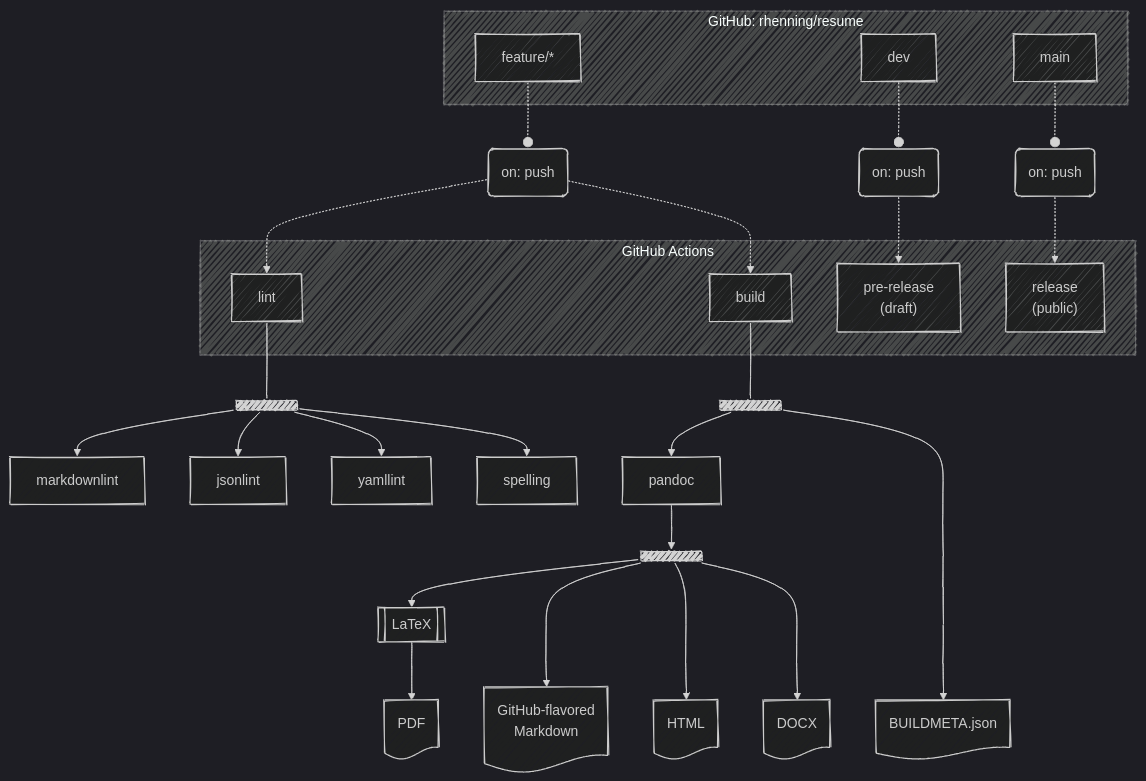
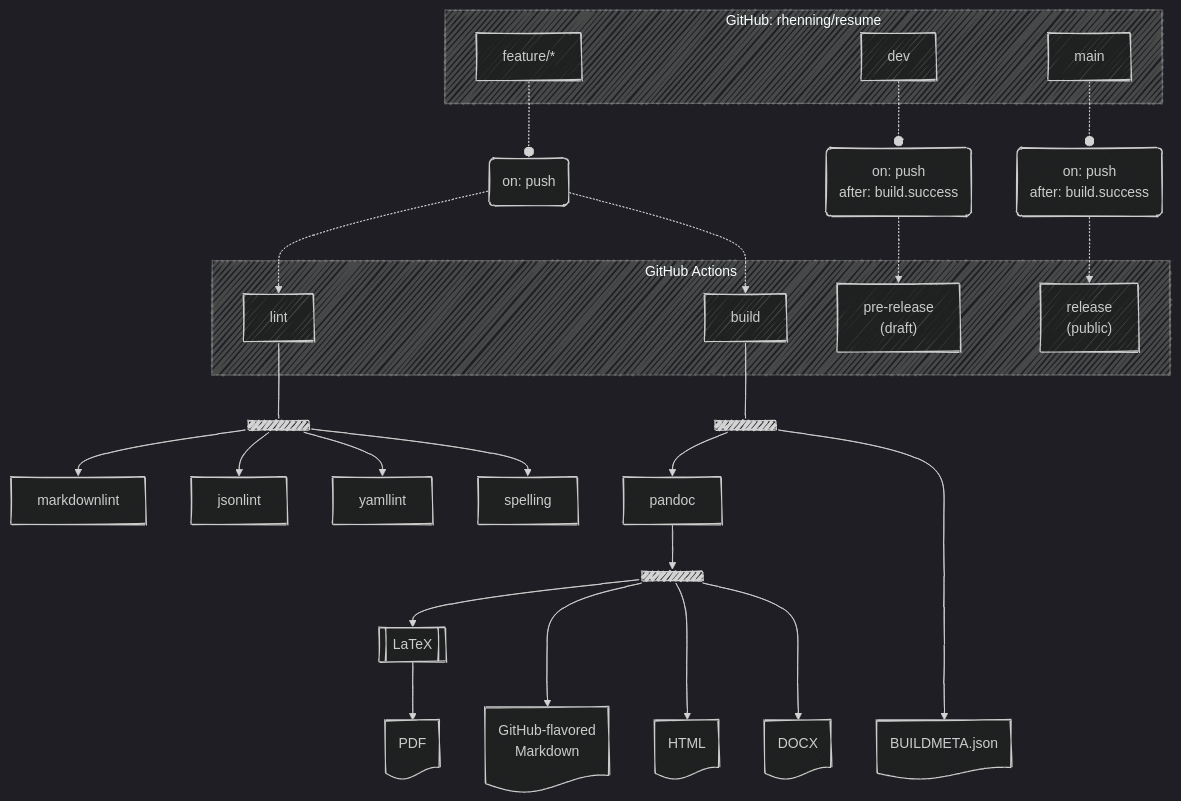
One commit to rhenning/resume changed the second of 2 diagrams in README.md. Above: the diagram before and after it, drawn with Mermaid. The commit also changed other lines of this file and 1 other file, not shown here.

````diff
--- a/README.md
+++ b/README.md
@@ -165,41 +165,41 @@
 ```mermaid
 ---
 /* title: CI/CD Workflow */
 config:
   theme: dark
   look: handDrawn
 ---
 flowchart
   subgraph gh["GitHub: rhenning/resume"]
     featureBranches["`feature/*`"]
     devBranch["`dev`"]
     mainBranch["`main`"]
   end
 
   subgraph gha[GitHub Actions]
     lintWorkflow@{ shape: process, label: "lint" }
     buildWorkflow@{ shape: process, label: "build" }
     preReleaseWorkflow@{ shape: process, label: "pre-release\n(draft)" }
     releaseWorkflow@{ shape: process, label: "release\n(public)" }
   end
 
   featureBranches -.-o featurePush@{ shape: event, label: "on: push" } -.-> lintWorkflow
   featurePush -.-> buildWorkflow
-  devBranch -.-o devPush@{ shape: event, label: "on: push" } -.-> preReleaseWorkflow
-  mainBranch -.-o mainPush@{ shape: event, label: "on: push" } -.-> releaseWorkflow
+  devBranch -.-o devPush@{ shape: event, label: "on: push\nafter: build.success" } -.-> preReleaseWorkflow
+  mainBranch -.-o mainPush@{ shape: event, label: "on: push\nafter: build.success" } -.-> releaseWorkflow
 
   lintWorkflow --- lintFork@{ shape: fork }
   lintFork --> markdownlint
   lintFork --> jsonlint
   lintFork --> yamllint
   lintFork --> spelling
 
   buildWorkflow --- buildFork@{ shape: fork }
   buildFork --> pandoc@{ shape: process } --> pandocFork@{ shape: fork }
   buildFork -----> buildmeta@{ shape: doc, label: "BUILDMETA.json" }
 
   pandocFork --> latex@{ shape: subprocess, label: "LaTeX" } --> pdf@{ shape: doc, label: PDF }
   pandocFork ---> markdown@{ shape: doc, label: "GitHub-flavored\nMarkdown" }
   pandocFork ---> html@{ shape: doc, label: HTML }
   pandocFork ---> docx@{ shape: doc, label: DOCX }
 ```
````
